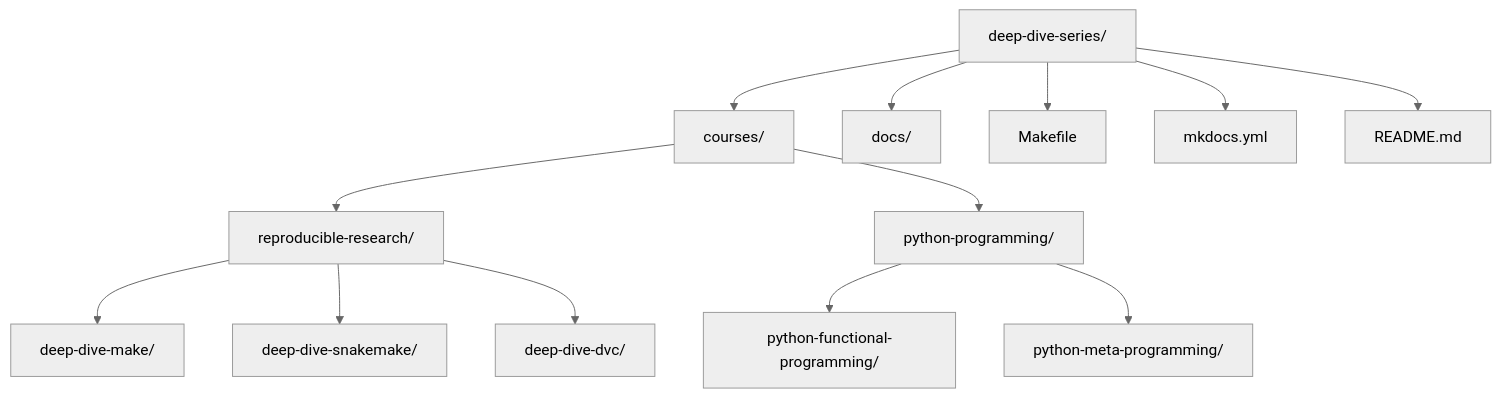
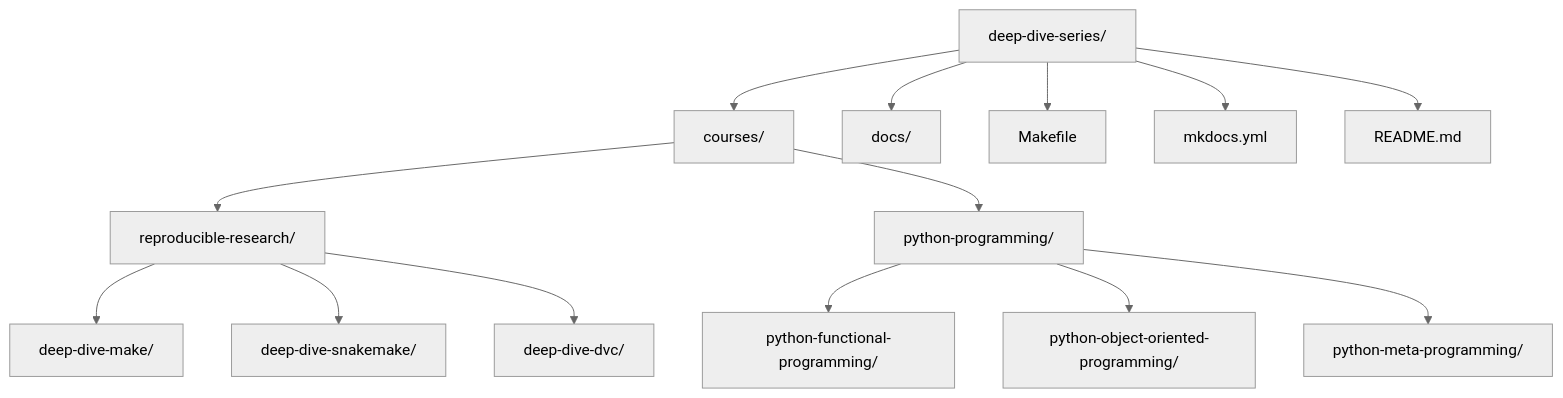
Before and after one commit to bijux/bijux-masterclass: the diagram in README.md, drawn with Mermaid (neutral theme). The commit also changed other lines of this file and 9 other files, not shown here.

Commit message:
docs: integrate python object-oriented programming across the series

````diff
--- a/README.md
+++ b/README.md
@@ -9,16 +9,17 @@
 ```mermaid
 graph TD
   root["deep-dive-series/"]
   root --> courses["courses/"]
   root --> docs["docs/"]
   root --> makefile["Makefile"]
   root --> mkdocs["mkdocs.yml"]
   root --> readme["README.md"]
   courses --> research["reproducible-research/"]
   courses --> python["python-programming/"]
   research --> make["deep-dive-make/"]
   research --> snakemake["deep-dive-snakemake/"]
   research --> dvc["deep-dive-dvc/"]
   python --> functional["python-functional-programming/"]
+  python --> oop["python-object-oriented-programming/"]
   python --> meta["python-meta-programming/"]
 ```
````
